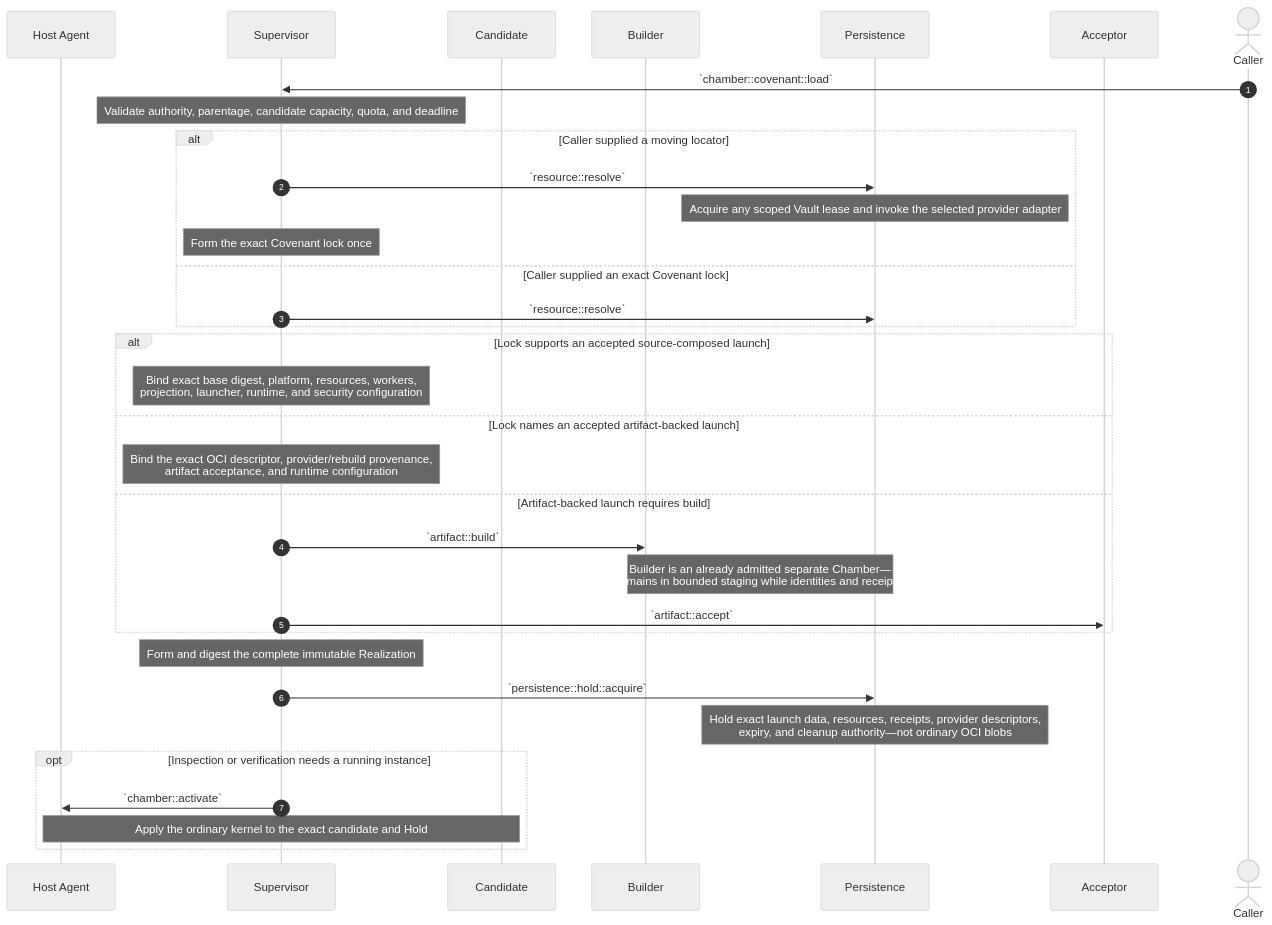
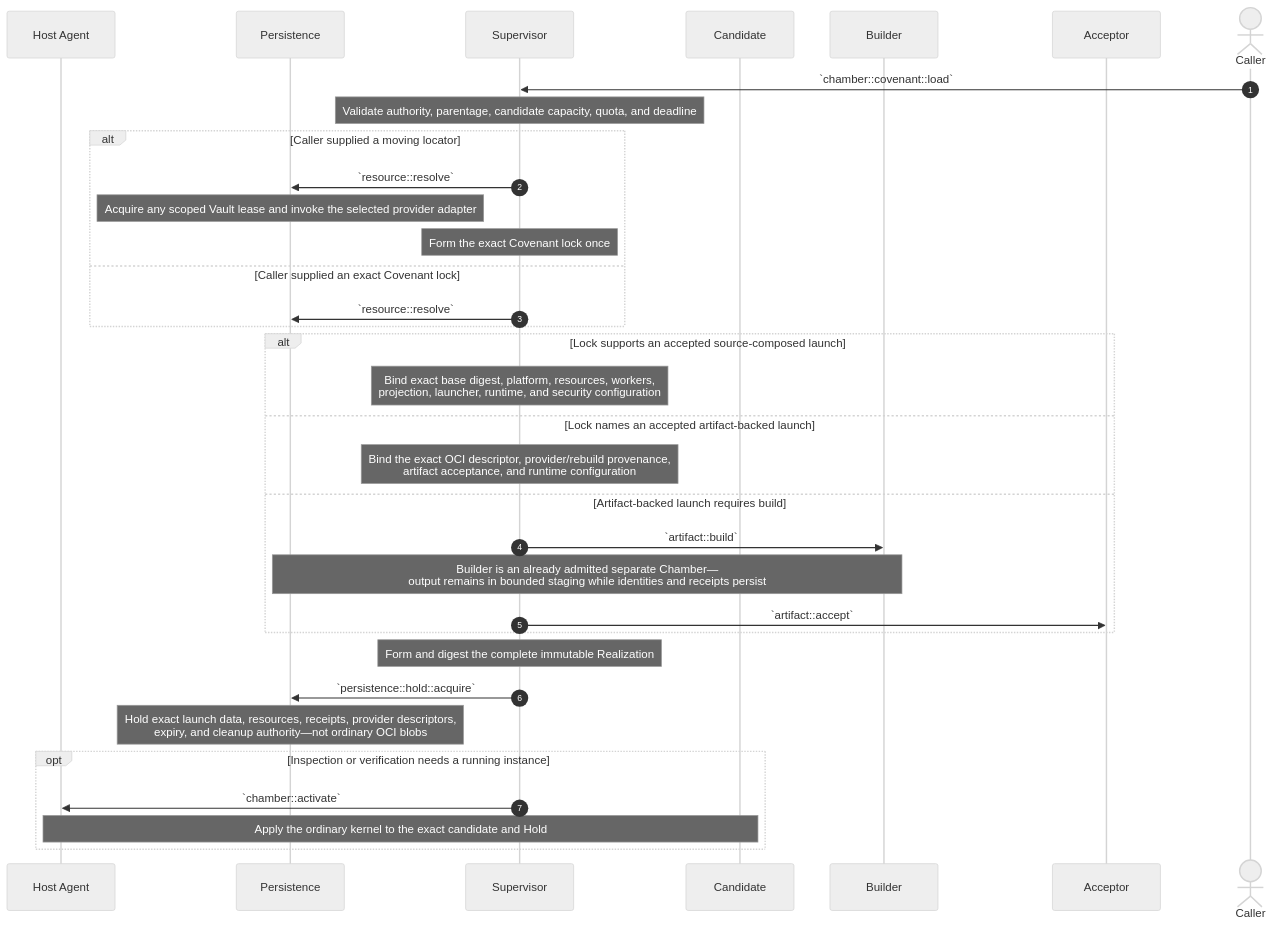
One commit to dreamcatcher-tech/chambers-lifecycle-explorer changed the ninth of 15 diagrams in source/chambers-lifecycle-sequences.md. Above: the diagram before and after it, drawn with Mermaid (neutral theme). The commit also changed other lines of this file and 9 other files, not shown here.

````diff
--- a/source/chambers-lifecycle-sequences.md
+++ b/source/chambers-lifecycle-sequences.md
@@ -982,40 +1089,40 @@
 ```mermaid
 sequenceDiagram
     autonumber
     participant HostAgent as Host Agent
+    participant Persistence
     participant Supervisor
     participant Candidate
     participant Builder
-    participant Persistence
     participant Acceptor
     actor Caller
 
     Caller->>Supervisor: `chamber::covenant::load`
     Note over Supervisor: Validate authority, parentage, candidate capacity, quota, and deadline
     alt Caller supplied a moving locator
         Supervisor->>Persistence: `resource::resolve`
         Note over Persistence: Acquire any scoped Vault lease and invoke the selected provider adapter
         Note over Supervisor: Form the exact Covenant lock once
     else Caller supplied an exact Covenant lock
         Supervisor->>Persistence: `resource::resolve`
     end
 
     alt Lock supports an accepted source-composed launch
         Note over Supervisor: Bind exact base digest, platform, resources, workers,<br/>projection, launcher, runtime, and security configuration
     else Lock names an accepted artifact-backed launch
         Note over Supervisor: Bind the exact OCI descriptor, provider/rebuild provenance,<br/>artifact acceptance, and runtime configuration
     else Artifact-backed launch requires build
         Supervisor->>Builder: `artifact::build`
         Note over Builder,Persistence: Builder is an already admitted separate Chamber—<br/>output remains in bounded staging while identities and receipts persist
         Supervisor->>Acceptor: `artifact::accept`
     end
 
     Note over Supervisor: Form and digest the complete immutable Realization
     Supervisor->>Persistence: `persistence::hold::acquire`
     Note over Persistence: Hold exact launch data, resources, receipts, provider descriptors,<br/>expiry, and cleanup authority—not ordinary OCI blobs
 
     opt Inspection or verification needs a running instance
         Supervisor->>HostAgent: `chamber::activate`
         Note over HostAgent,Candidate: Apply the ordinary kernel to the exact candidate and Hold
     end
 ```
````
